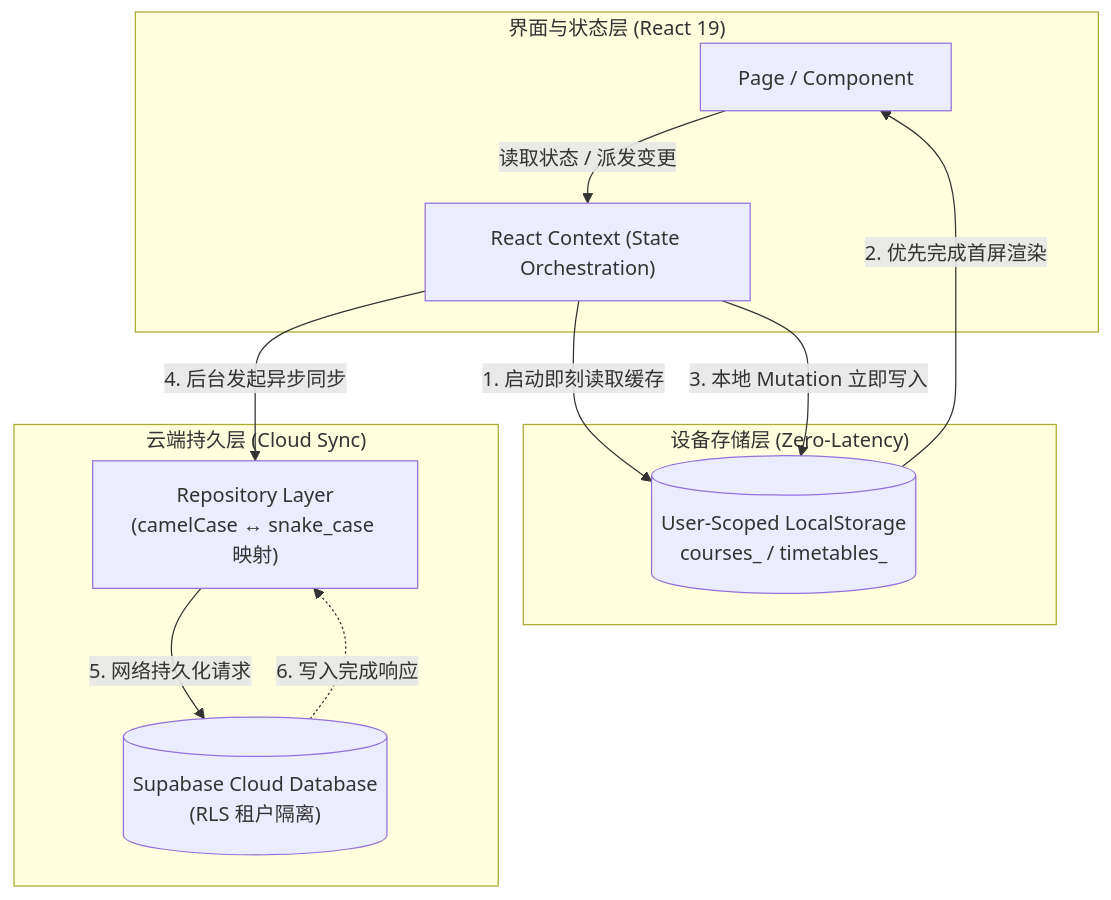
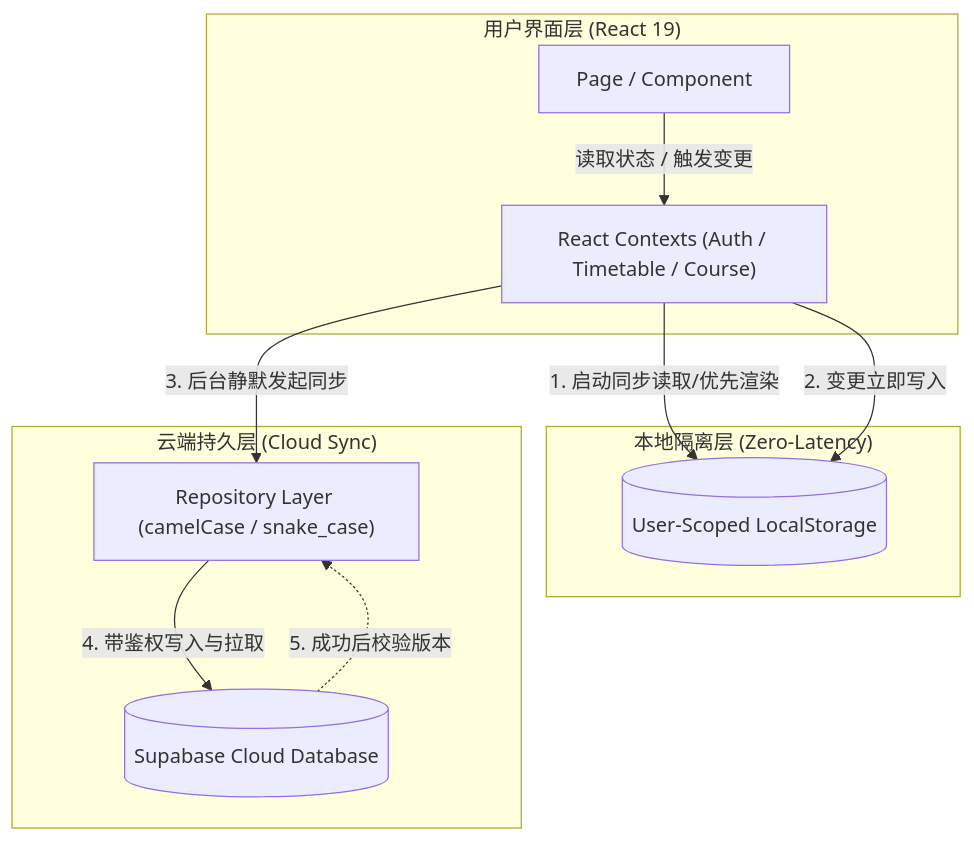
One commit to yanyihang621-art/NextClass changed the first of 2 diagrams in README.md. Above: the diagram before and after it, drawn with Mermaid. The commit also changed other lines of this file, not shown here.

Commit message:
docs: update README with user refinements

````diff
--- a/README.md
+++ b/README.md
@@ -96,24 +93,23 @@
 ```mermaid
 flowchart TD
-    subgraph UI ["界面与状态层 (React 19)"]
+    subgraph UI ["用户界面层 (React 19)"]
         Page["Page / Component"]
-        Ctx["React Context (State Orchestration)"]
+        Ctx["React Contexts (Auth / Timetable / Course)"]
     end
 
-    subgraph Local ["设备存储层 (Zero-Latency)"]
-        Cache[("User-Scoped LocalStorage<br/>courses_<uid> / timetables_<uid>")]
+    subgraph Local ["本地隔离层 (Zero-Latency)"]
+        Cache[("User-Scoped LocalStorage")]
     end
 
     subgraph Remote ["云端持久层 (Cloud Sync)"]
-        Repo["Repository Layer<br/>(camelCase ↔ snake_case 映射)"]
-        SB[("Supabase Cloud Database<br/>(RLS 租户隔离)")]
+        Repo["Repository Layer (camelCase / snake_case)"]
+        SB[("Supabase Cloud Database")]
     end
 
-    Page -->|读取状态 / 派发变更| Ctx
-    Ctx -->|1. 启动即刻读取缓存| Cache
-    Cache -->|2. 优先完成首屏渲染| Page
-    Ctx -->|3. 本地 Mutation 立即写入| Cache
-    Ctx -->|4. 后台发起异步同步| Repo
-    Repo -->|5. 网络持久化请求| SB
-    SB -.->|6. 写入完成响应| Repo
+    Page -->|读取状态 / 触发变更| Ctx
+    Ctx -->|1. 启动同步读取/优先渲染| Cache
+    Ctx -->|2. 变更立即写入| Cache
+    Ctx -->|3. 后台静默发起同步| Repo
+    Repo -->|4. 带鉴权写入与拉取| SB
+    SB -.->|5. 成功后校验版本| Repo
 ```
````
